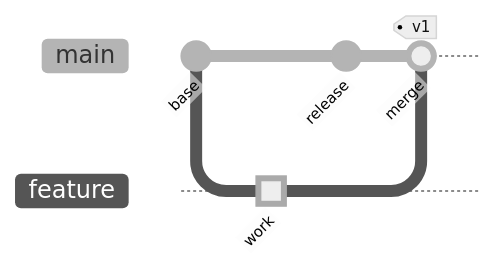
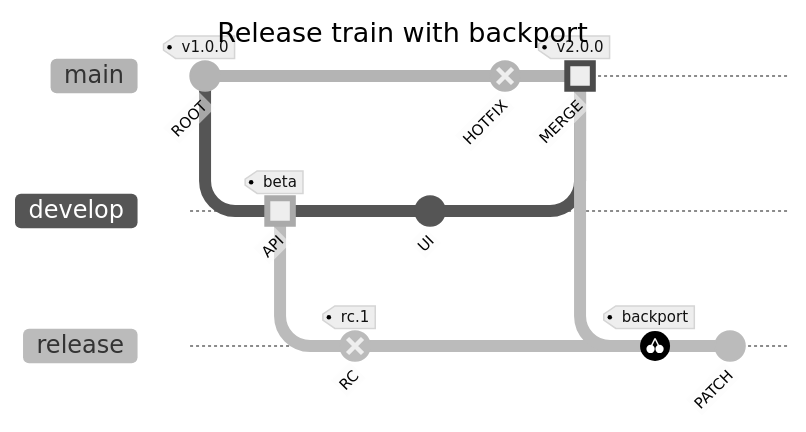
One commit to adewale/agentic-mermaid changed the diagram in docs/design/families/gitgraph-demo.mmd. Above: the diagram before and after it, drawn with Mermaid (neutral theme). The commit also changed 72 other files, not shown here.

First line of the commit message:
fix: close Mindmap/GitGraph ecosystem audit [approve-goldens]

```diff
--- a/docs/design/families/gitgraph-demo.mmd
+++ b/docs/design/families/gitgraph-demo.mmd
@@ -1,7 +1,26 @@
-gitGraph
-  commit id:"base" msg:"Foundation"
-  branch feature
-  commit id:"work" type:HIGHLIGHT msg:"Build"
+---
+title: Release train with backport
+config:
+  gitGraph:
+    mainBranchName: main
+    mainBranchOrder: 0
+    showBranches: true
+    showCommitLabel: true
+    rotateCommitLabel: true
+---
+gitGraph LR:
+  accTitle: Release history with feature merge and backport
+  accDescr: Develop and release branches diverge, main merges develop, and release cherry-picks the merge
+  commit id:"ROOT" tag:"v1.0.0" msg:"Foundation"
+  branch develop order:2
+  commit id:"API" type:HIGHLIGHT tag:"beta" msg:"Build API"
+  branch release order:3
+  commit id:"RC" type:REVERSE tag:"rc.1" msg:"Cut release candidate"
+  checkout develop
+  commit id:"UI" msg:"Finish interface"
   checkout main
-  commit id:"release" msg:"Prepare"
-  merge feature id:"merge" tag:"v1"
+  commit id:"HOTFIX" type:REVERSE msg:"Patch production"
+  merge develop id:"MERGE" tag:"v2.0.0" type:HIGHLIGHT
+  checkout release
+  cherry-pick id:"MERGE" parent:"UI" tag:"backport"
+  commit id:"PATCH" msg:"Verify release"
```
